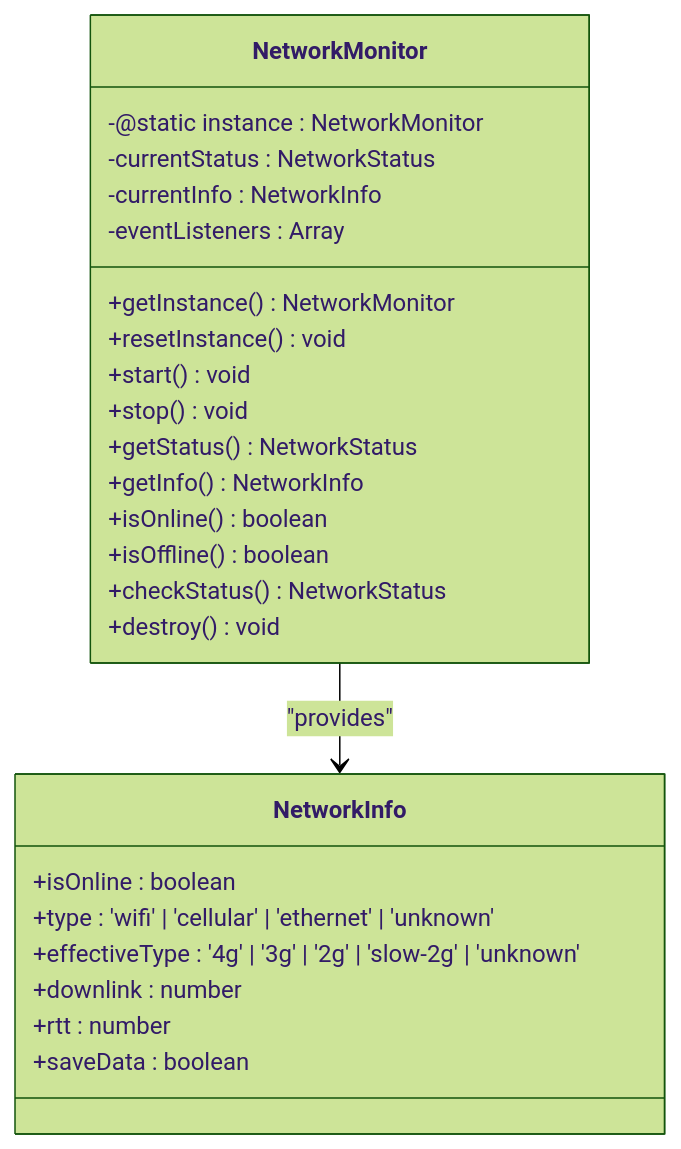
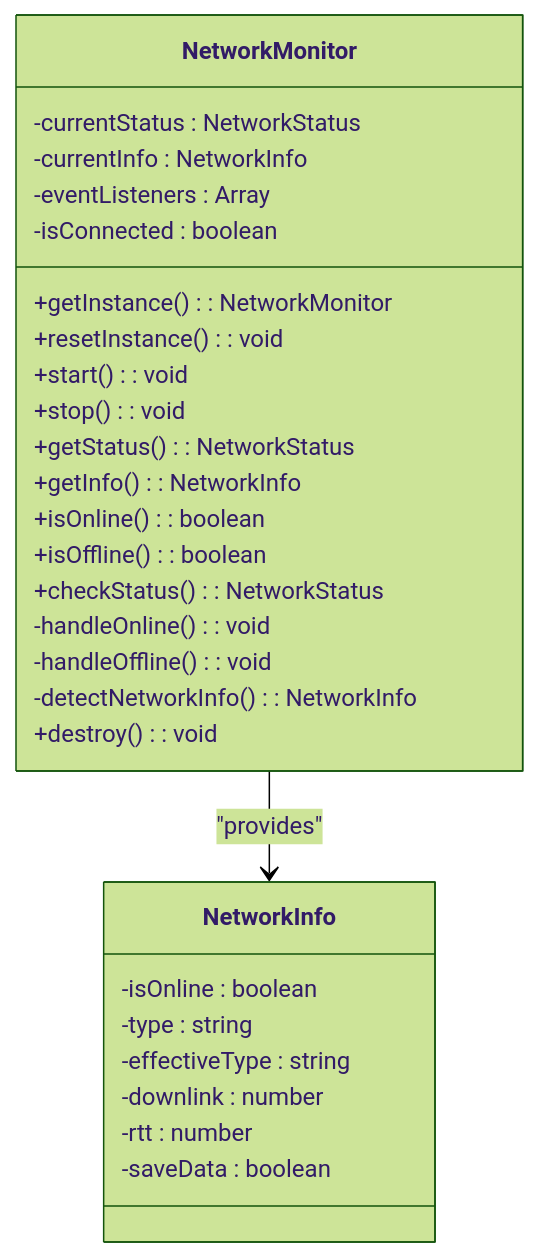
The sixth of 18 diagrams in .qoder/repowiki/en/content/Architecture Overview/Data Management Architecture/Data Synchronization Workflow/Data Synchronization Workflow.md (geniusdynamics/schoolpilot), drawn with Mermaid (forest theme) before and after one commit. The commit also changed other lines of this file and 19 other files, not shown here.

````diff
--- a/.qoder/repowiki/en/content/Architecture Overview/Data Management Architecture/Data Synchronization Workflow/Data Synchronization Workflow.md
+++ b/.qoder/repowiki/en/content/Architecture Overview/Data Management Architecture/Data Synchronization Workflow/Data Synchronization Workflow.md
@@ -156,28 +311,31 @@
 ```mermaid
 classDiagram
 class NetworkMonitor {
--@static instance : NetworkMonitor
 -currentStatus : NetworkStatus
 -currentInfo : NetworkInfo
 -eventListeners : Array
-+getInstance() NetworkMonitor
-+resetInstance() void
-+start() void
-+stop() void
-+getStatus() NetworkStatus
-+getInfo() NetworkInfo
-+isOnline() boolean
-+isOffline() boolean
-+checkStatus() NetworkStatus
-+destroy() void
+-isConnected : boolean
++getInstance() : NetworkMonitor
++resetInstance() : void
++start() : void
++stop() : void
++getStatus() : NetworkStatus
++getInfo() : NetworkInfo
++isOnline() : boolean
++isOffline() : boolean
++checkStatus() : NetworkStatus
+-handleOnline() : void
+-handleOffline() : void
+-detectNetworkInfo() : NetworkInfo
++destroy() : void
 }
 class NetworkInfo {
-+isOnline : boolean
-+type : 'wifi' | 'cellular' | 'ethernet' | 'unknown'
-+effectiveType : '4g' | '3g' | '2g' | 'slow-2g' | 'unknown'
-+downlink : number
-+rtt : number
-+saveData : boolean
+-isOnline : boolean
+-type : string
+-effectiveType : string
+-downlink : number
+-rtt : number
+-saveData : boolean
 }
 NetworkMonitor --> NetworkInfo : "provides"
 ```
````
